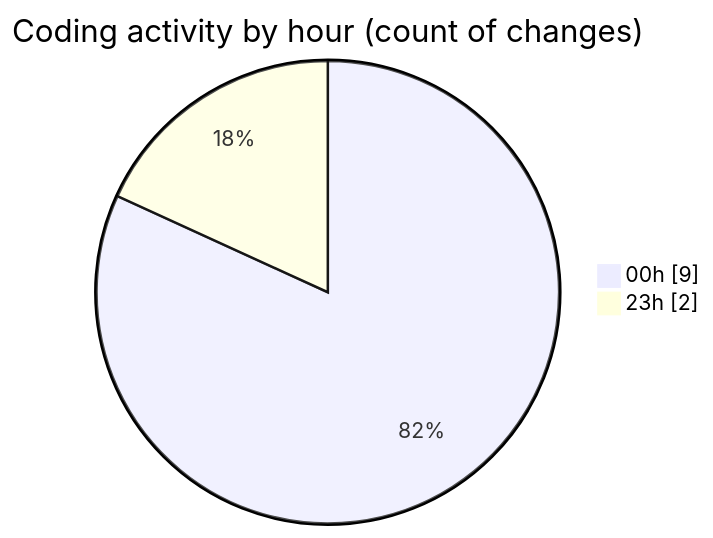
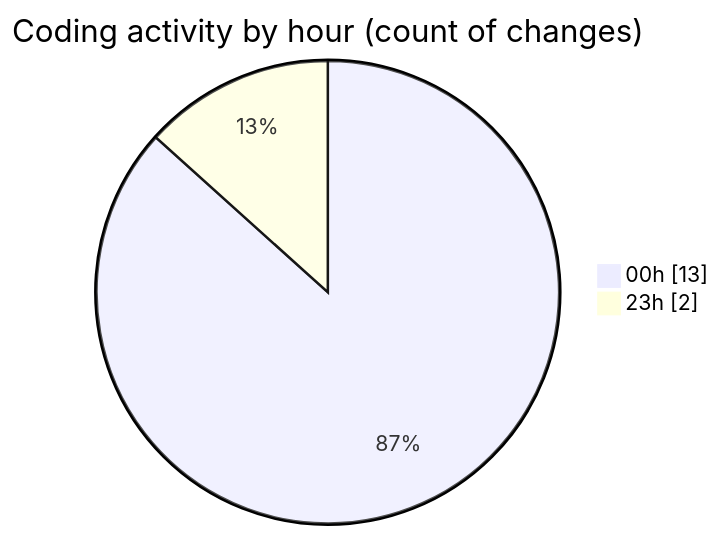
One commit to julien-gomy/code-tracking changed the second of 2 diagrams in 2025-10-29/eventscop-frontend-guide__workspace_/README.md. Above: the diagram before and after it, drawn with Mermaid. The commit also changed other lines of this file and 1 other file, not shown here.

````diff
--- a/2025-10-29/eventscop-frontend-guide__workspace_/README.md
+++ b/2025-10-29/eventscop-frontend-guide__workspace_/README.md
@@ -35,6 +37,6 @@
 ```mermaid
 pie showData
 title Coding activity by hour (count of changes)
-"00h" : 9
+"00h" : 13
 "23h" : 2
 ```
````
